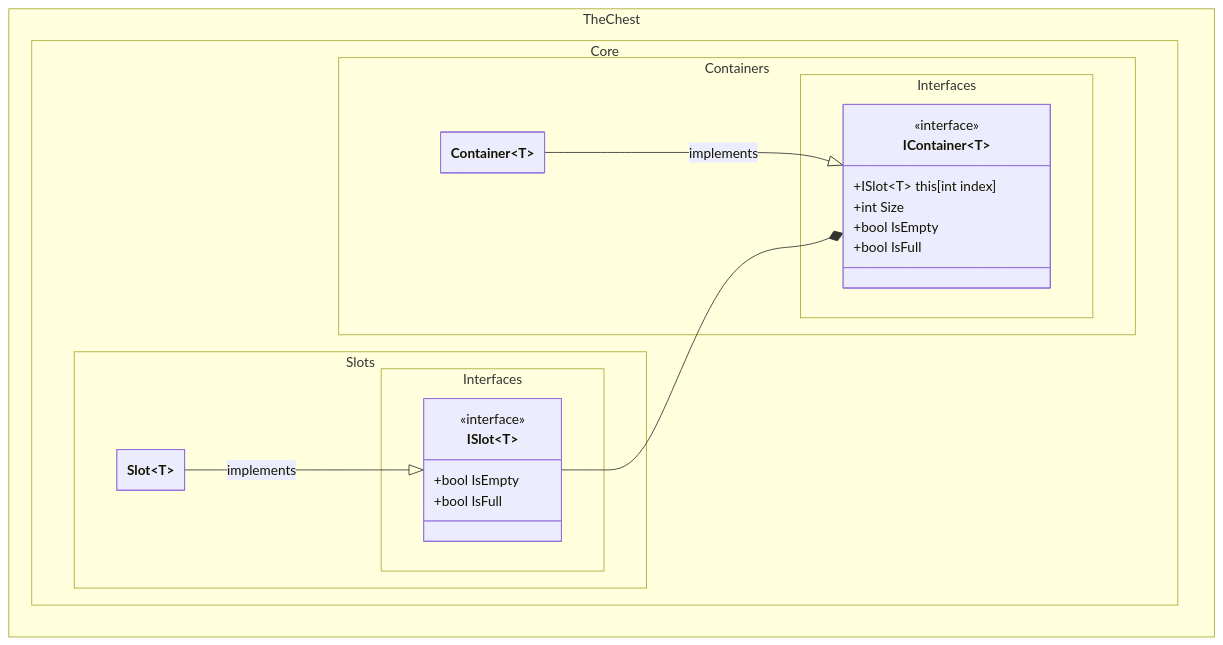
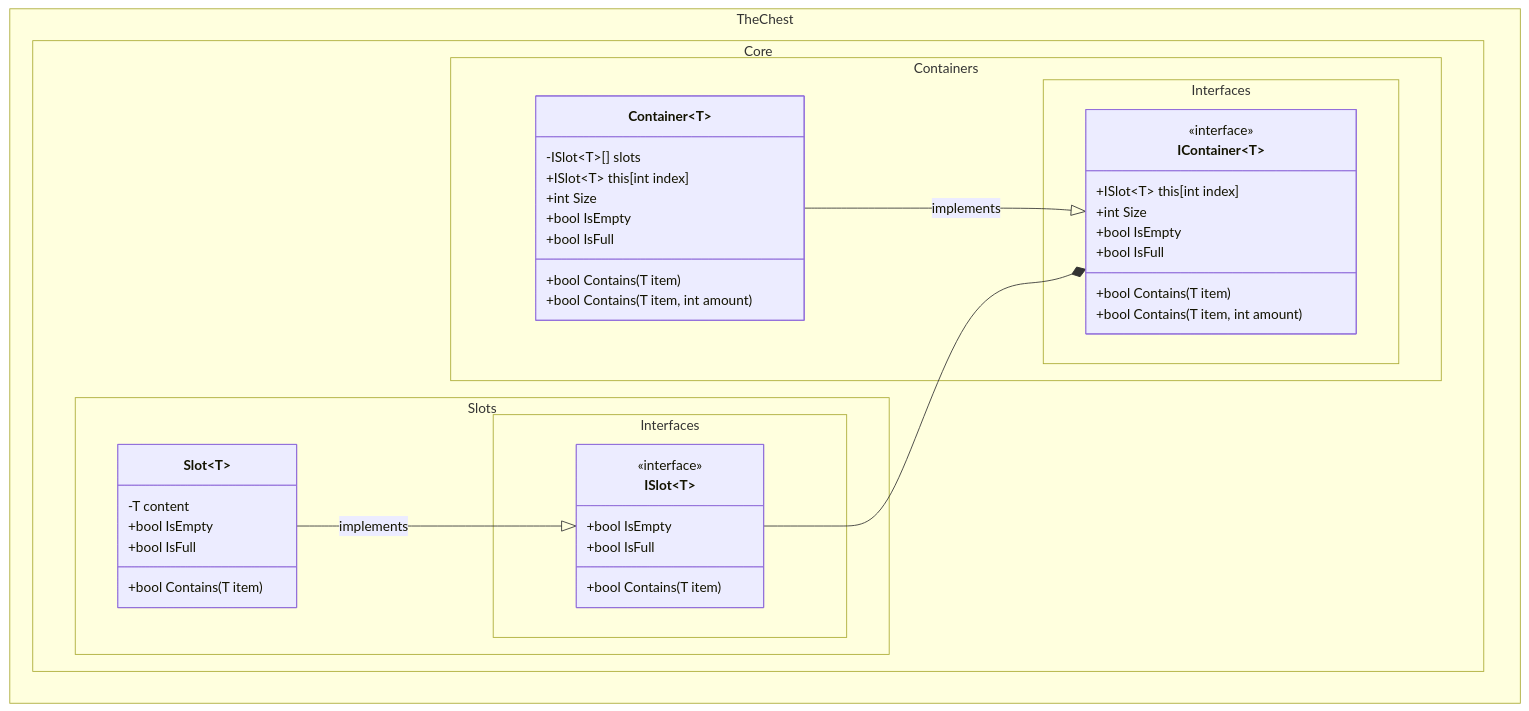
The first of 3 diagrams in docs/class_diagram.md (The-Chest/TheChest.Core), drawn with Mermaid before and after one commit. The commit also changed other lines of this file, not shown here.

Commit message:
Improve class_diagram docs

````diff
--- a/docs/class_diagram.md
+++ b/docs/class_diagram.md
@@ -9,40 +9,54 @@
 ```mermaid
 ---
 config:
   theme: mc
   look: classic
   class:
     hideEmptyMembersBox: true
 ---
 classDiagram
 direction BT
 	namespace TheChest.Core.Containers.Interfaces {
         class IContainer~T~ {
 	        +ISlot~T~ this[int index]
 	        +int Size
 	        +bool IsEmpty
 	        +bool IsFull
+	        +bool Contains(T item)
+			+bool Contains(T item, int amount)
         }
 	}
 	namespace TheChest.Core.Slots.Interfaces {
         class ISlot~T~ {
 	        +bool IsEmpty
 	        +bool IsFull
+	        +bool Contains(T item)
         }
 	}
 	namespace TheChest.Core.Containers {
         class Container~T~ {
+			-ISlot~T~[] slots
+			+ISlot~T~ this[int index]
+	        +int Size
+	        +bool IsEmpty
+	        +bool IsFull
+	        +bool Contains(T item)
+			+bool Contains(T item, int amount)
         }
 	}
 	namespace TheChest.Core.Slots {
         class Slot~T~ {
+			-T content
+			+bool IsEmpty
+			+bool IsFull
+			+bool Contains(T item)
         }
 	}
 
 	<<interface>> IContainer
 	<<interface>> ISlot
 
     Container --|> IContainer : implements
     ISlot --* IContainer
     Slot --|> ISlot : implements
 ```
````
